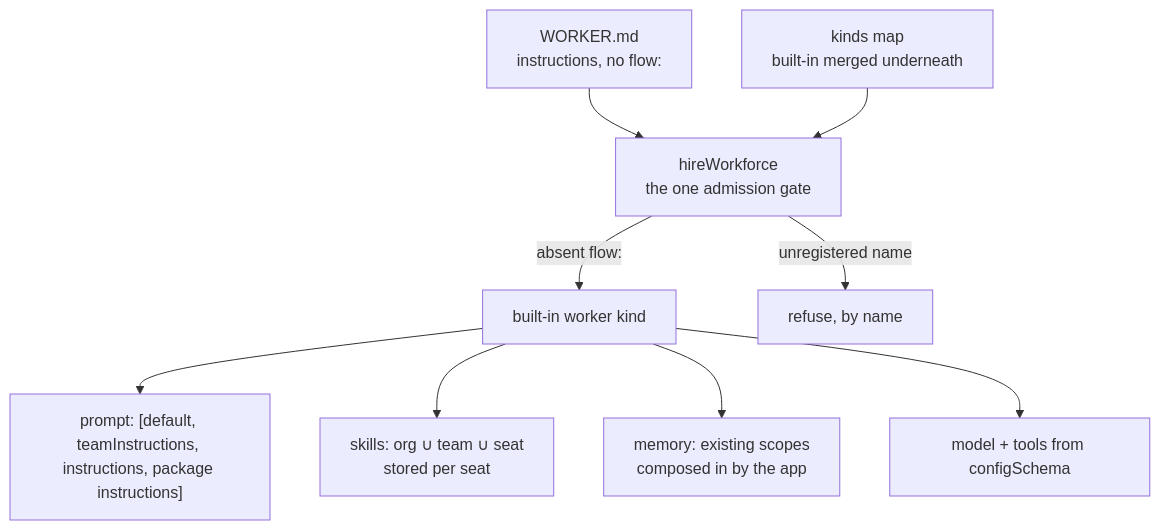
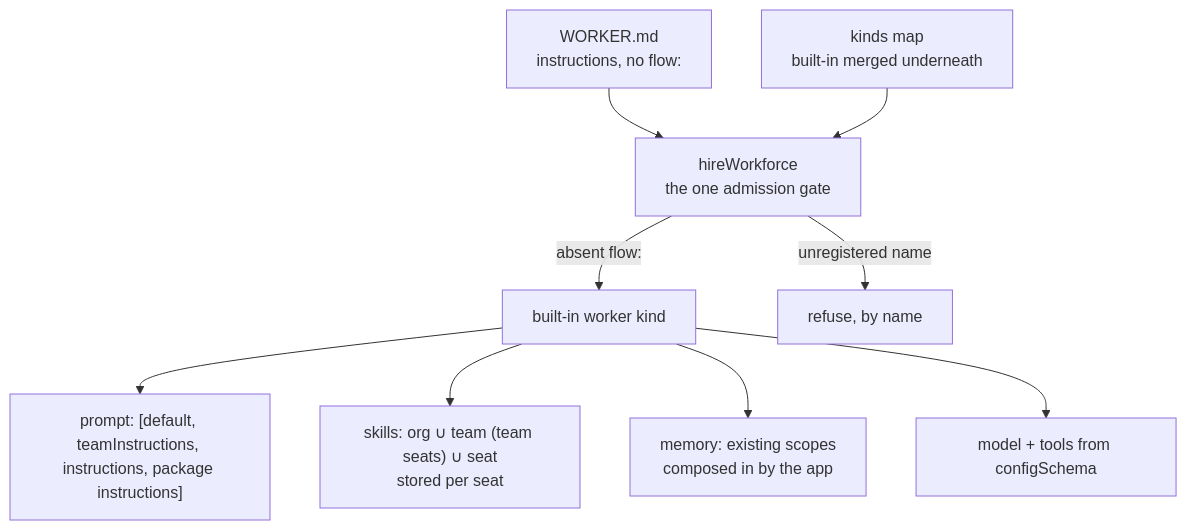
Before and after one commit to fixpoint-labs/flow-state-dev: the diagram in docs/architecture/workforce-default-worker-kind.md, drawn with Mermaid. The commit also changed other lines of this file and 3 other files, not shown here.

First line of the commit message:
fix(workforce): draw a hired seat's reference wall from its seat id; org seats have no team in the docs (FIX-1719)

````diff
--- a/docs/architecture/workforce-default-worker-kind.md
+++ b/docs/architecture/workforce-default-worker-kind.md
@@ -45,11 +45,11 @@
 ```mermaid
 flowchart TD
   W["WORKER.md<br/>instructions, no flow:"] --> H[hireWorkforce<br/>the one admission gate]
   K["kinds map<br/>built-in merged underneath"] --> H
   H -->|absent flow:| A[built-in worker kind]
   H -->|unregistered name| X[refuse, by name]
   A --> P["prompt: [default, teamInstructions, instructions, package instructions]"]
-  A --> S["skills: org ∪ team ∪ seat<br/>stored per seat"]
+  A --> S["skills: org ∪ team (team seats) ∪ seat<br/>stored per seat"]
   A --> M["memory: existing scopes<br/>composed in by the app"]
   A --> T[model + tools from configSchema]
 ```
````
